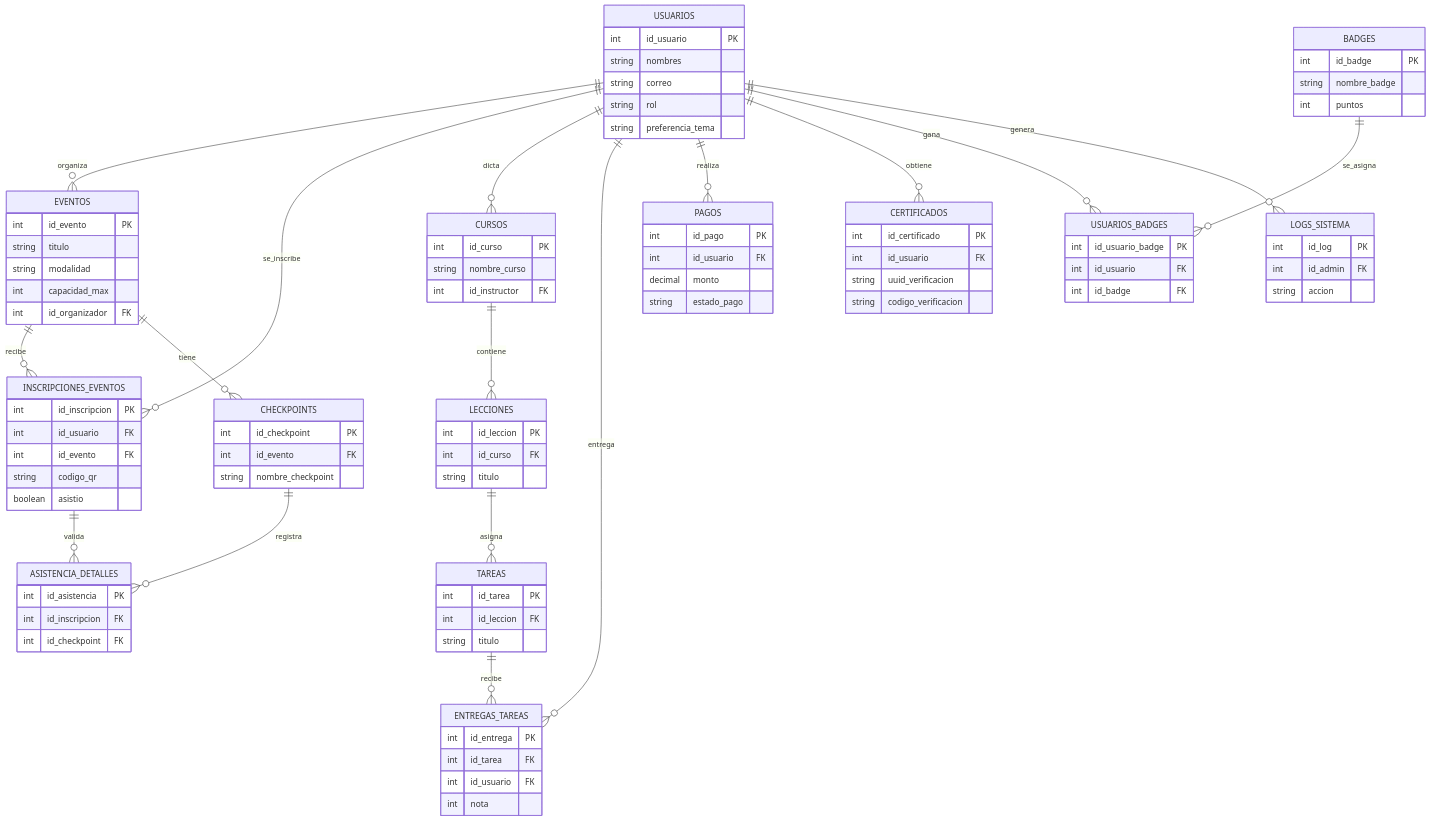
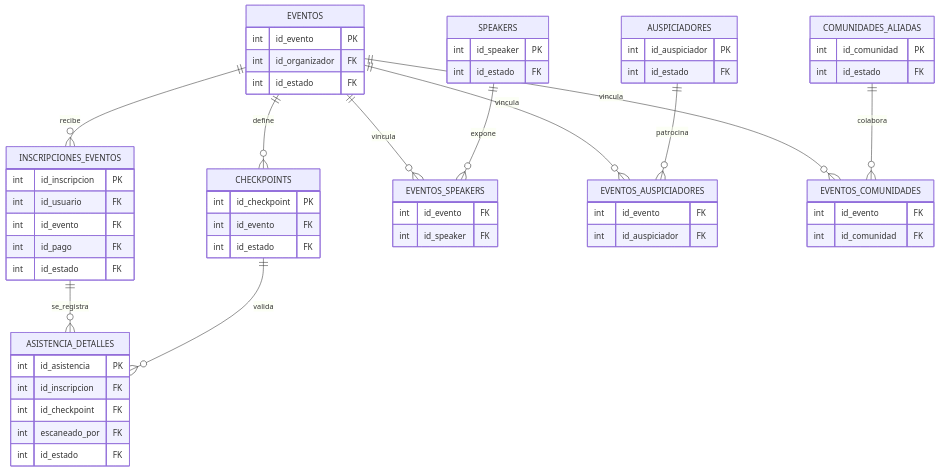
Before and after one commit to TuGfaNat/Plataforma-MEH: the second of 4 diagrams in website/docs/tecnico/05-base-datos-seguridad.md, drawn with Mermaid. The commit also changed other lines of this file and 56 other files, not shown here.

````diff
--- a/website/docs/tecnico/05-base-datos-seguridad.md
+++ b/website/docs/tecnico/05-base-datos-seguridad.md
@@ -16,99 +63,62 @@
 ```mermaid
 erDiagram
-    USUARIOS {
-        int id_usuario PK
-        string nombres
-        string correo
-        string rol
-        string preferencia_tema
-    }
     EVENTOS {
         int id_evento PK
-        string titulo
-        string modalidad
-        int capacidad_max
         int id_organizador FK
+        int id_estado FK
     }
     INSCRIPCIONES_EVENTOS {
         int id_inscripcion PK
         int id_usuario FK
         int id_evento FK
-        string codigo_qr
-        boolean asistio
+        int id_pago FK
+        int id_estado FK
     }
     CHECKPOINTS {
         int id_checkpoint PK
         int id_evento FK
-        string nombre_checkpoint
+        int id_estado FK
     }
     ASISTENCIA_DETALLES {
         int id_asistencia PK
         int id_inscripcion FK
         int id_checkpoint FK
+        int escaneado_por FK
+        int id_estado FK
     }
-    CURSOS {
-        int id_curso PK
-        string nombre_curso
-        int id_instructor FK
+    SPEAKERS {
+        int id_speaker PK
+        int id_estado FK
     }
-    LECCIONES {
-        int id_leccion PK
-        int id_curso FK
-        string titulo
+    AUSPICIADORES {
+        int id_auspiciador PK
+        int id_estado FK
     }
-    TAREAS {
-        int id_tarea PK
-        int id_leccion FK
-        string titulo
+    COMUNIDADES_ALIADAS {
+        int id_comunidad PK
+        int id_estado FK
     }
-    ENTREGAS_TAREAS {
-        int id_entrega PK
-        int id_tarea FK
-        int id_usuario FK
-        int nota
+    EVENTOS_SPEAKERS {
+        int id_evento FK
+        int id_speaker FK
     }
-    PAGOS {
-        int id_pago PK
-        int id_usuario FK
-        decimal monto
-        string estado_pago
+    EVENTOS_AUSPICIADORES {
+        int id_evento FK
+        int id_auspiciador FK
     }
-    CERTIFICADOS {
-        int id_certificado PK
-        int id_usuario FK
-        string uuid_verificacion
-        string codigo_verificacion
-    }
-    BADGES {
-        int id_badge PK
-        string nombre_badge
-        int puntos
-    }
-    USUARIOS_BADGES {
-        int id_usuario_badge PK
-        int id_usuario FK
-        int id_badge FK
-    }
-    LOGS_SISTEMA {
-        int id_log PK
-        int id_admin FK
-        string accion
+    EVENTOS_COMUNIDADES {
+        int id_evento FK
+        int id_comunidad FK
     }
 
-    USUARIOS ||--o{ EVENTOS : "organiza"
-    USUARIOS ||--o{ INSCRIPCIONES_EVENTOS : "se_inscribe"
     EVENTOS ||--o{ INSCRIPCIONES_EVENTOS : "recibe"
-    EVENTOS ||--o{ CHECKPOINTS : "tiene"
-    INSCRIPCIONES_EVENTOS ||--o{ ASISTENCIA_DETALLES : "valida"
-    CHECKPOINTS ||--o{ ASISTENCIA_DETALLES : "registra"
-    USUARIOS ||--o{ CURSOS : "dicta"
-    CURSOS ||--o{ LECCIONES : "contiene"
-    LECCIONES ||--o{ TAREAS : "asigna"
-    TAREAS ||--o{ ENTREGAS_TAREAS : "recibe"
-    USUARIOS ||--o{ ENTREGAS_TAREAS : "entrega"
-    USUARIOS ||--o{ PAGOS : "realiza"
-    USUARIOS ||--o{ CERTIFICADOS : "obtiene"
-    USUARIOS ||--o{ USUARIOS_BADGES : "gana"
-    BADGES ||--o{ USUARIOS_BADGES : "se_asigna"
-    USUARIOS ||--o{ LOGS_SISTEMA : "genera"
+    EVENTOS ||--o{ CHECKPOINTS : "define"
+    INSCRIPCIONES_EVENTOS ||--o{ ASISTENCIA_DETALLES : "se_registra"
+    CHECKPOINTS ||--o{ ASISTENCIA_DETALLES : "valida"
+    EVENTOS ||--o{ EVENTOS_SPEAKERS : "vincula"
+    SPEAKERS ||--o{ EVENTOS_SPEAKERS : "expone"
+    EVENTOS ||--o{ EVENTOS_AUSPICIADORES : "vincula"
+    AUSPICIADORES ||--o{ EVENTOS_AUSPICIADORES : "patrocina"
+    EVENTOS ||--o{ EVENTOS_COMUNIDADES : "vincula"
+    COMUNIDADES_ALIADAS ||--o{ EVENTOS_COMUNIDADES : "colabora"
 ```
````
